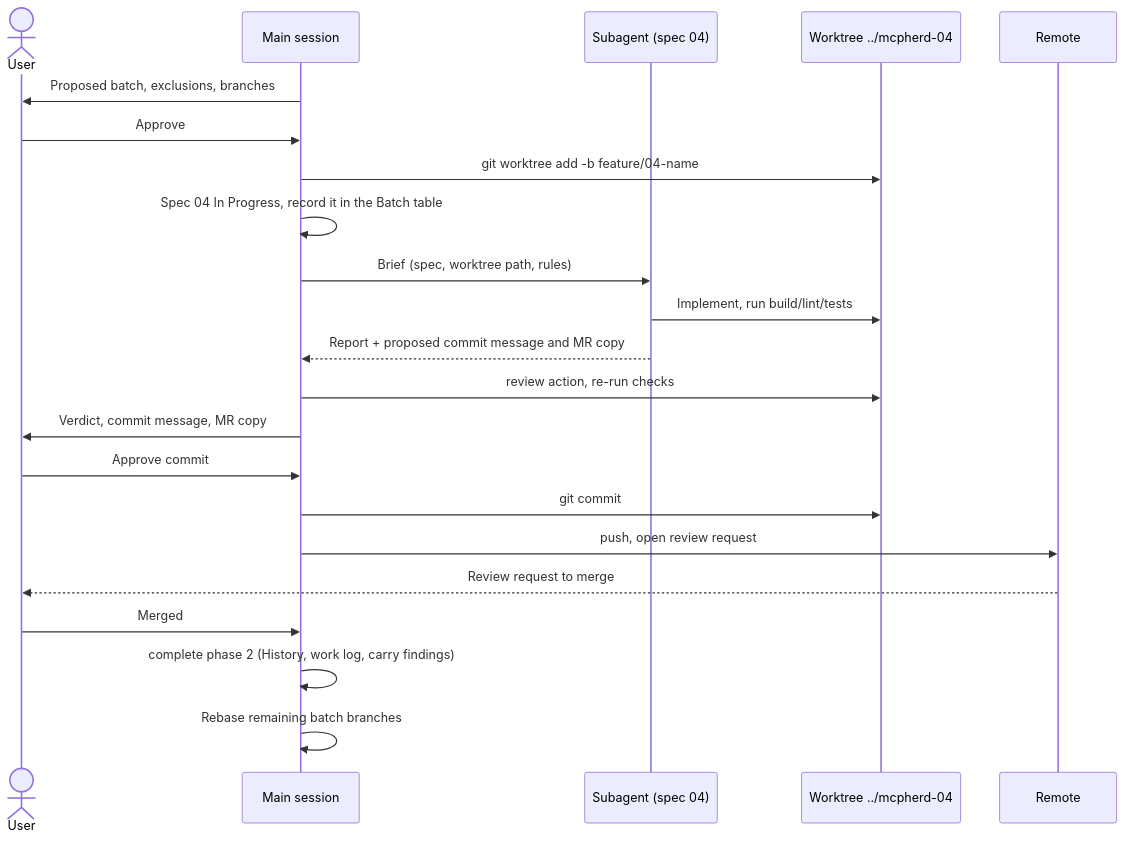
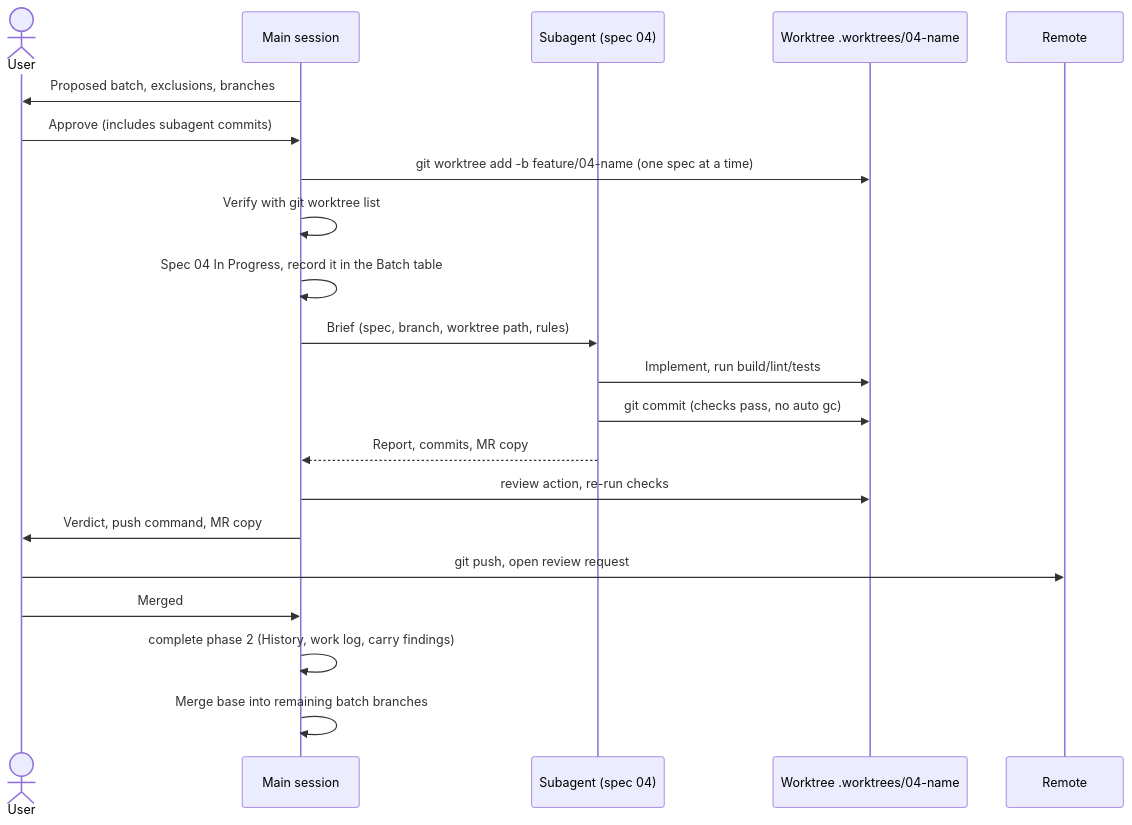
The third of 6 diagrams in docs/FEATURE_SKILL_PARALLEL_PLAN.md (shaynemeyer/mcpherd), drawn with Mermaid before and after one commit. The commit also changed other lines of this file and 9 other files, not shown here.

````diff
--- a/docs/FEATURE_SKILL_PARALLEL_PLAN.md
+++ b/docs/FEATURE_SKILL_PARALLEL_PLAN.md
@@ -159,25 +186,24 @@
 ```mermaid
 sequenceDiagram
     actor User
     participant Main as Main session
     participant Sub as Subagent (spec 04)
-    participant WT as Worktree ../mcpherd-04
+    participant WT as Worktree .worktrees/04-name
     participant Remote
 
     Main->>User: Proposed batch, exclusions, branches
-    User->>Main: Approve
-    Main->>WT: git worktree add -b feature/04-name
+    User->>Main: Approve (includes subagent commits)
+    Main->>WT: git worktree add -b feature/04-name (one spec at a time)
+    Main->>Main: Verify with git worktree list
     Main->>Main: Spec 04 In Progress, record it in the Batch table
-    Main->>Sub: Brief (spec, worktree path, rules)
+    Main->>Sub: Brief (spec, branch, worktree path, rules)
     Sub->>WT: Implement, run build/lint/tests
-    Sub-->>Main: Report + proposed commit message and MR copy
+    Sub->>WT: git commit (checks pass, no auto gc)
+    Sub-->>Main: Report, commits, MR copy
     Main->>WT: review action, re-run checks
-    Main->>User: Verdict, commit message, MR copy
-    User->>Main: Approve commit
-    Main->>WT: git commit
-    Main->>Remote: push, open review request
-    Remote-->>User: Review request to merge
+    Main->>User: Verdict, push command, MR copy
+    User->>Remote: git push, open review request
     User->>Main: Merged
     Main->>Main: complete phase 2 (History, work log, carry findings)
-    Main->>Main: Rebase remaining batch branches
+    Main->>Main: Merge base into remaining batch branches
 ```
````
